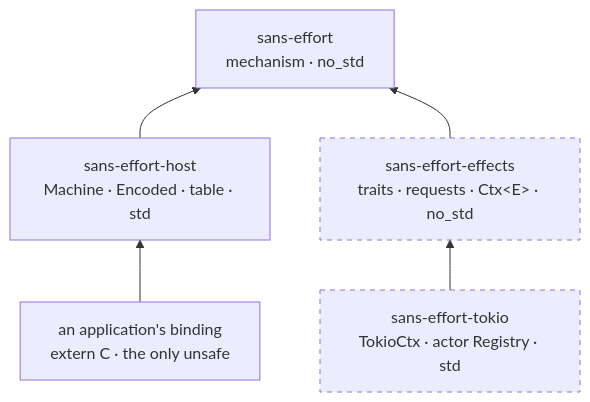
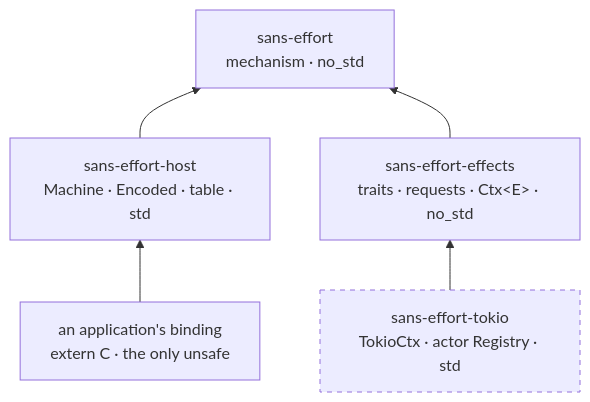
One commit to inkandswitch/sans-effort changed the second of 3 diagrams in design/README.md. Above: the diagram before and after it, drawn with Mermaid. The commit also changed other lines of this file and 2 other files, not shown here.

Commit message:
Update readmes

````diff
--- a/design/README.md
+++ b/design/README.md
@@ -43,16 +43,16 @@
 ```mermaid
 flowchart BT
     core["sans-effort<br/>mechanism · no_std"]
     host_crate["sans-effort-host<br/>Machine · Encoded · table · std"]
     effects["sans-effort-effects<br/>traits · requests · Ctx#60;E#62; · no_std"]
     tokio_crate["sans-effort-tokio<br/>TokioCtx · actor Registry · std"]
     binding["an application's binding<br/>extern C · the only unsafe"]
 
     host_crate --> core
     effects --> core
     tokio_crate --> effects
     binding --> host_crate
 
     classDef planned stroke-dasharray: 5 5
-    class effects,tokio_crate planned
+    class tokio_crate planned
 ```
````
